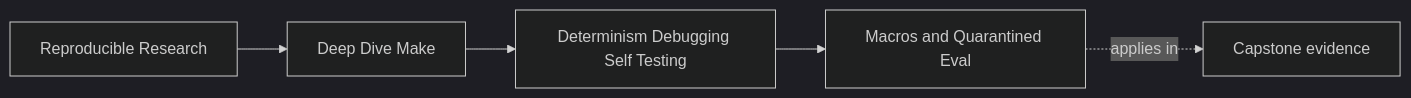
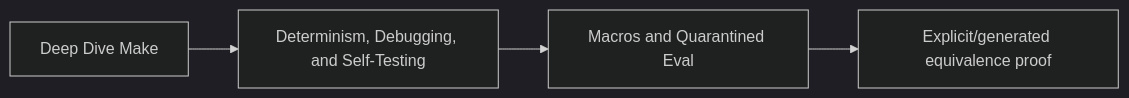
The first of 2 diagrams in programs/reproducible-research/deep-dive-make/course-book/module-03-determinism-debugging-self-testing/macros-and-quarantined-eval.md (bijux/bijux-masterclass), drawn with Mermaid (dark theme) before and after one commit. The commit also changed other lines of this file, not shown here.

Commit message:
docs(make): expose generated rule expansion

````diff
--- a/programs/reproducible-research/deep-dive-make/course-book/module-03-determinism-debugging-self-testing/macros-and-quarantined-eval.md
+++ b/programs/reproducible-research/deep-dive-make/course-book/module-03-determinism-debugging-self-testing/macros-and-quarantined-eval.md
@@ -7,11 +9,6 @@
 ```mermaid
 graph LR
-  family["Reproducible Research"]
-  program["Deep Dive Make"]
-  section["Determinism Debugging Self Testing"]
-  page["Macros and Quarantined Eval"]
-  capstone["Capstone evidence"]
-
-  family --> program --> section --> page
-  page -.applies in.-> capstone
+  course["Deep Dive Make"] --> module["Determinism, Debugging, and Self-Testing"]
+  module --> page["Macros and Quarantined Eval"]
+  page --> proof["Explicit/generated equivalence proof"]
 ```
````
